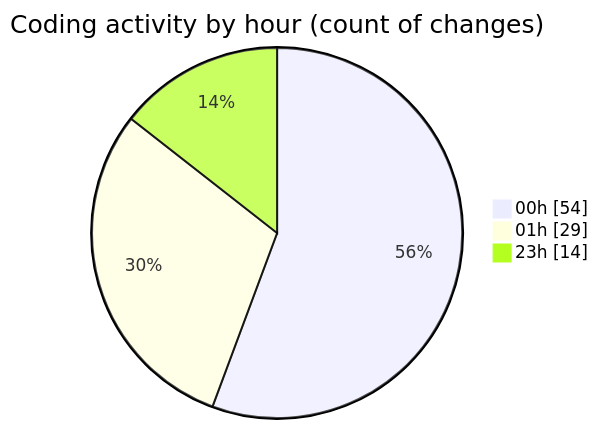
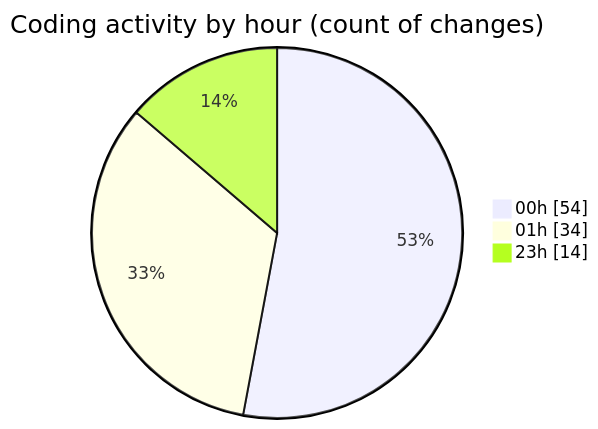
One commit to lephambinh05/code-tracking changed the second of 2 diagrams in 2025-08-20/quytuthien_vn/README.md. Above: the diagram before and after it, drawn with Mermaid. The commit also changed other lines of this file and 1 other file, not shown here.

````diff
--- a/2025-08-20/quytuthien_vn/README.md
+++ b/2025-08-20/quytuthien_vn/README.md
@@ -82,7 +83,7 @@
 ```mermaid
 pie showData
 title Coding activity by hour (count of changes)
 "00h" : 54
-"01h" : 29
+"01h" : 34
 "23h" : 14
 ```
````
